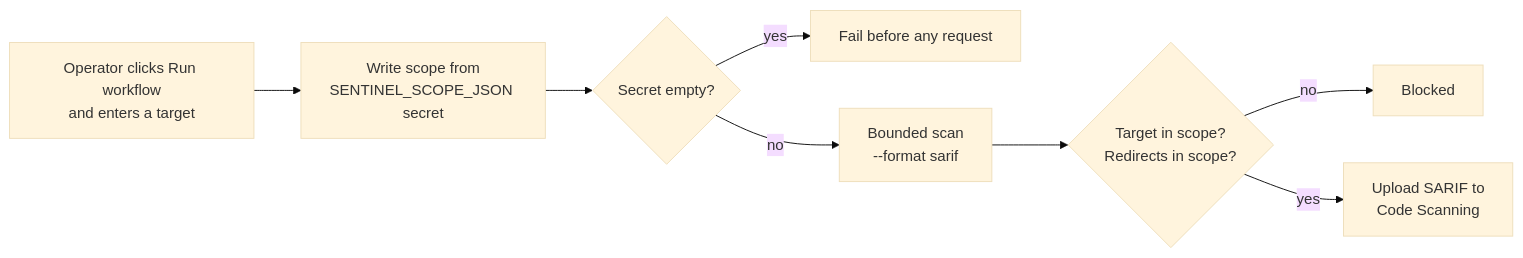
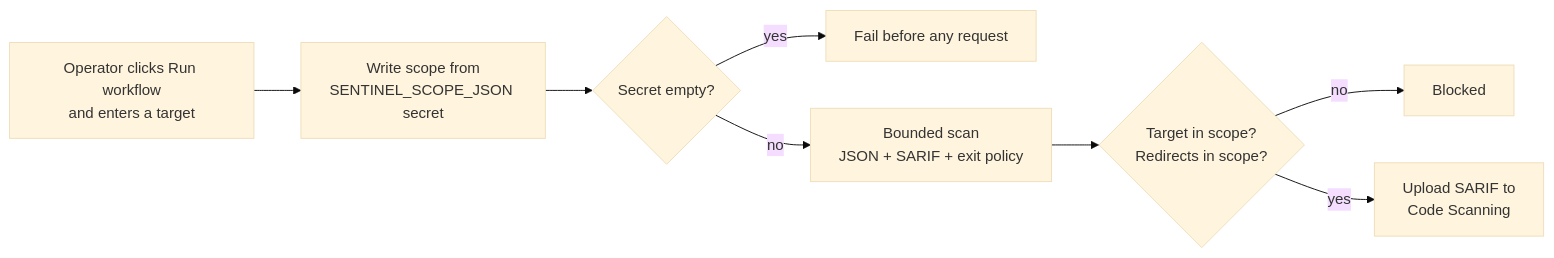
Before and after one commit to maprestore/sentinelscan: the diagram in docs/github-actions.md, drawn with Mermaid (base theme). The commit also changed other lines of this file and 57 other files, not shown here.

Commit message:
Update SentinelScan: schemas, policies, docs and expanded test suite

````diff
--- a/docs/github-actions.md
+++ b/docs/github-actions.md
@@ -26,10 +26,10 @@
 ```mermaid
 flowchart LR
     A[Operator clicks Run workflow<br/>and enters a target] --> B[Write scope from<br/>SENTINEL_SCOPE_JSON secret]
     B --> C{Secret empty?}
     C -->|yes| X[Fail before any request]
-    C -->|no| D["Bounded scan<br/>--format sarif"]
+    C -->|no| D["Bounded scan<br/>JSON + SARIF + exit policy"]
     D --> E{Target in scope?<br/>Redirects in scope?}
     E -->|no| Y[Blocked]
     E -->|yes| F[Upload SARIF to<br/>Code Scanning]
 ```
````
